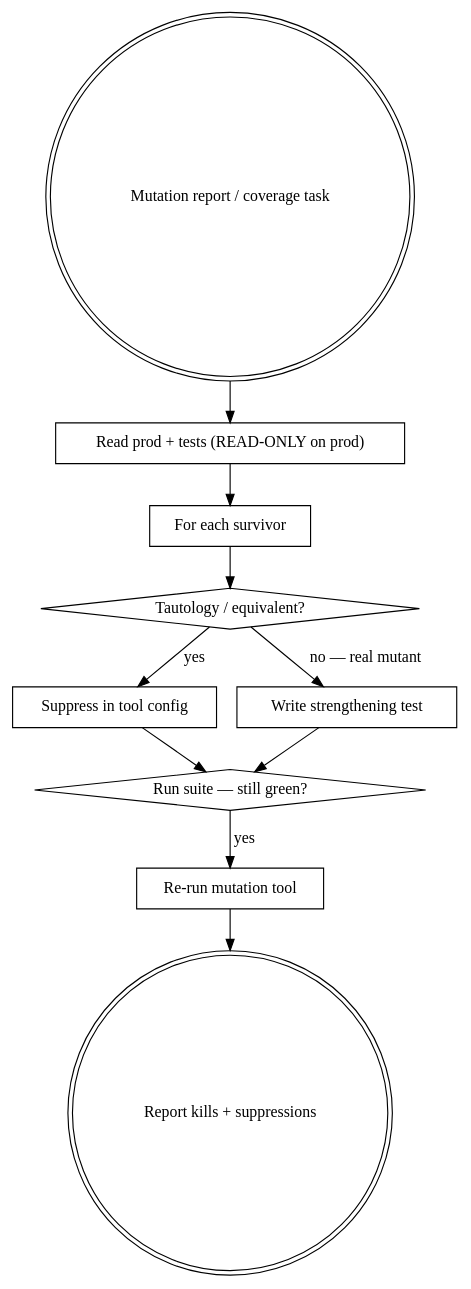
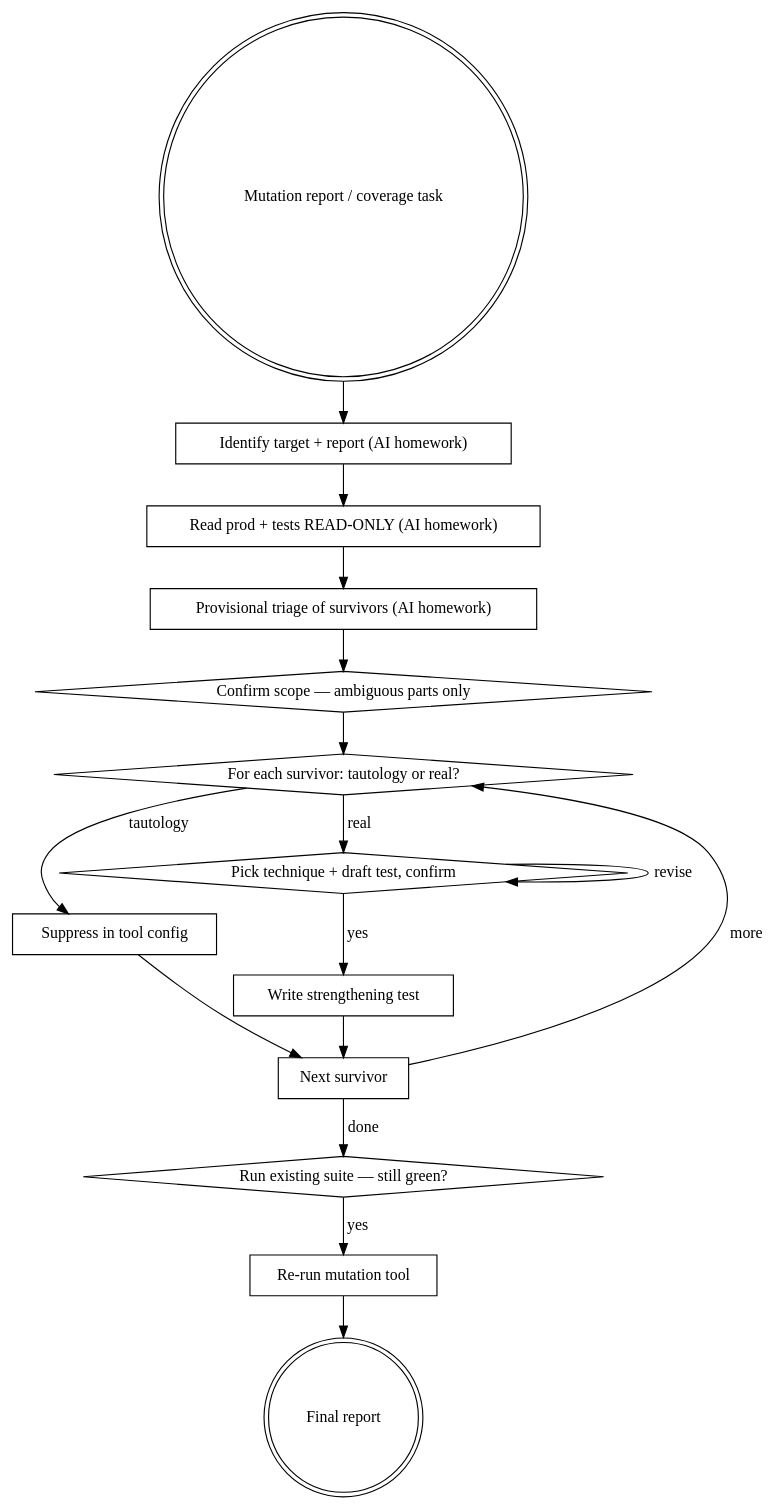
One commit to sumithr/sumo-qa changed the diagram in skills/qa-strengthening-tests/SKILL.md. Above: the diagram before and after it, drawn with Graphviz. The commit also changed other lines of this file and 15 other files, not shown here.

````diff
--- a/skills/qa-strengthening-tests/SKILL.md
+++ b/skills/qa-strengthening-tests/SKILL.md
@@ -39,24 +65,34 @@
 ```dot
 digraph qa_strengthening_tests {
     rankdir=TB;
     "Mutation report / coverage task" [shape=doublecircle];
-    "Read prod + tests (READ-ONLY on prod)" [shape=box];
-    "For each survivor" [shape=box];
-    "Tautology / equivalent?" [shape=diamond];
+    "Identify target + report (AI homework)" [shape=box];
+    "Read prod + tests READ-ONLY (AI homework)" [shape=box];
+    "Provisional triage of survivors (AI homework)" [shape=box];
+    "Confirm scope — ambiguous parts only" [shape=diamond];
+    "For each survivor: tautology or real?" [shape=diamond];
     "Suppress in tool config" [shape=box];
+    "Pick technique + draft test, confirm" [shape=diamond];
     "Write strengthening test" [shape=box];
-    "Run suite — still green?" [shape=diamond];
+    "Next survivor" [shape=box];
+    "Run existing suite — still green?" [shape=diamond];
     "Re-run mutation tool" [shape=box];
-    "Report kills + suppressions" [shape=doublecircle];
+    "Final report" [shape=doublecircle];
 
-    "Mutation report / coverage task" -> "Read prod + tests (READ-ONLY on prod)";
-    "Read prod + tests (READ-ONLY on prod)" -> "For each survivor";
-    "For each survivor" -> "Tautology / equivalent?";
-    "Tautology / equivalent?" -> "Suppress in tool config" [label="yes"];
-    "Tautology / equivalent?" -> "Write strengthening test" [label="no — real mutant"];
-    "Write strengthening test" -> "Run suite — still green?";
-    "Suppress in tool config" -> "Run suite — still green?";
-    "Run suite — still green?" -> "Re-run mutation tool" [label="yes"];
-    "Re-run mutation tool" -> "Report kills + suppressions";
+    "Mutation report / coverage task" -> "Identify target + report (AI homework)";
+    "Identify target + report (AI homework)" -> "Read prod + tests READ-ONLY (AI homework)";
+    "Read prod + tests READ-ONLY (AI homework)" -> "Provisional triage of survivors (AI homework)";
+    "Provisional triage of survivors (AI homework)" -> "Confirm scope — ambiguous parts only";
+    "Confirm scope — ambiguous parts only" -> "For each survivor: tautology or real?";
+    "For each survivor: tautology or real?" -> "Suppress in tool config" [label="tautology"];
+    "For each survivor: tautology or real?" -> "Pick technique + draft test, confirm" [label="real"];
+    "Pick technique + draft test, confirm" -> "Write strengthening test" [label="yes"];
+    "Pick technique + draft test, confirm" -> "Pick technique + draft test, confirm" [label="revise"];
+    "Write strengthening test" -> "Next survivor";
+    "Suppress in tool config" -> "Next survivor";
+    "Next survivor" -> "For each survivor: tautology or real?" [label="more"];
+    "Next survivor" -> "Run existing suite — still green?" [label="done"];
+    "Run existing suite — still green?" -> "Re-run mutation tool" [label="yes"];
+    "Re-run mutation tool" -> "Final report";
 }
 ```
````
